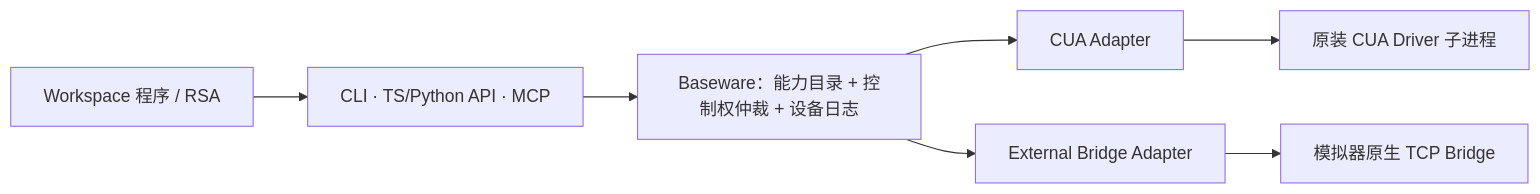
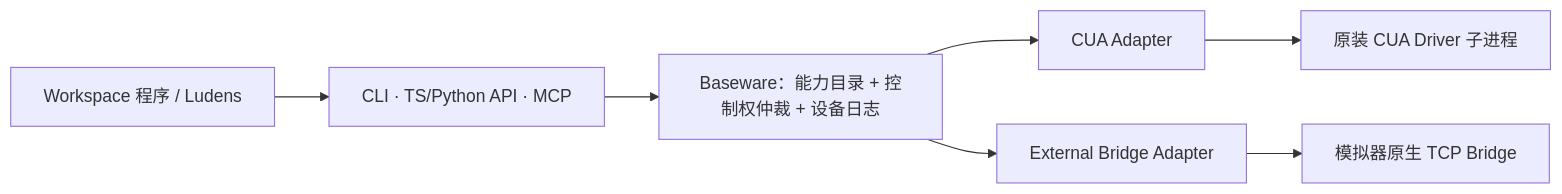
One commit to Arkevo-Lab/Ludens changed the diagram in docs/zh/reference/baseware.md. Above: the diagram before and after it, drawn with Mermaid. The commit also changed other lines of this file and 31 other files, not shown here.

````diff
--- a/docs/zh/reference/baseware.md
+++ b/docs/zh/reference/baseware.md
@@ -12,9 +12,9 @@
 ```mermaid
 flowchart LR
-    W[Workspace 程序 / RSA] --> C[CLI · TS/Python API · MCP]
+    W[Workspace 程序 / Ludens] --> C[CLI · TS/Python API · MCP]
     C --> B[Baseware：能力目录 + 控制权仲裁 + 设备日志]
     B --> U[CUA Adapter]
     U --> N[原装 CUA Driver 子进程]
     B --> E[External Bridge Adapter]
     E --> H[模拟器原生 TCP Bridge]
 ```
````
